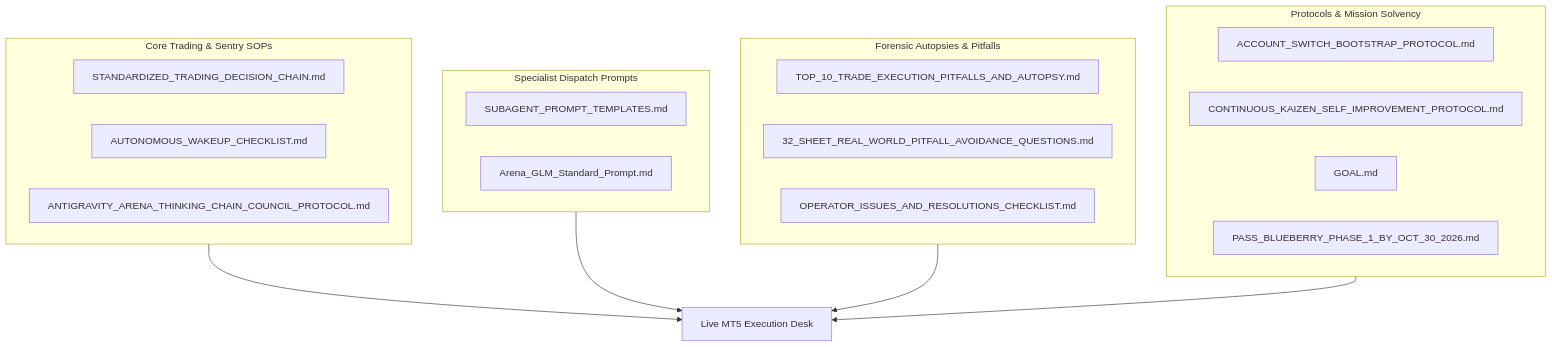
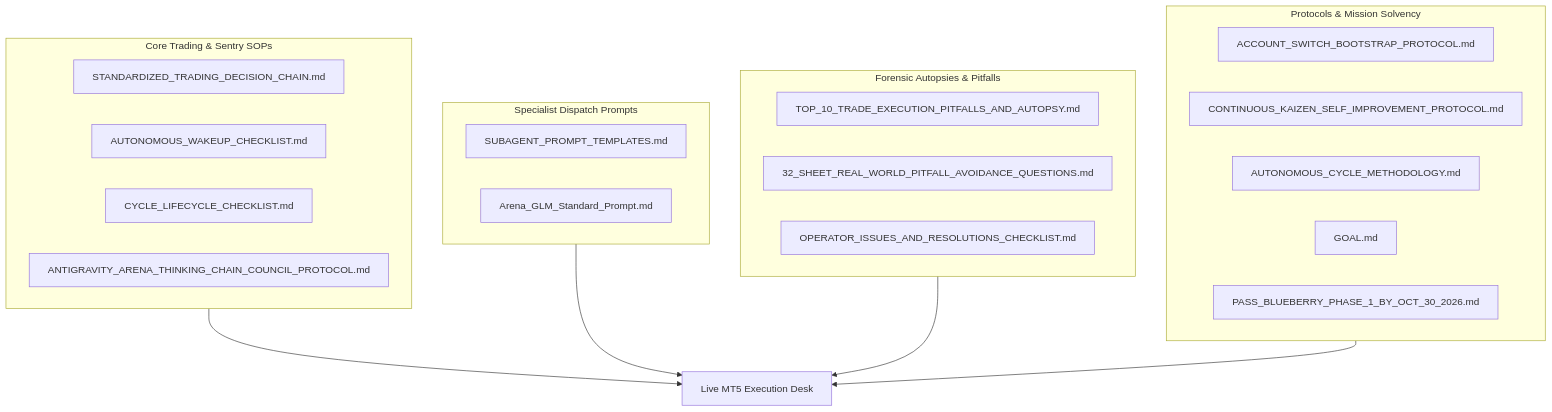
The diagram in Data/Manditory/README.md (kbsingh1399/Trading_2), drawn with Mermaid before and after one commit. The commit also changed other lines of this file and 55 other files, not shown here.

````diff
--- a/Data/Manditory/README.md
+++ b/Data/Manditory/README.md
@@ -16,31 +15,33 @@
 ```mermaid
 flowchart TD
     subgraph Core_SOPs["Core Trading & Sentry SOPs"]
         S1["STANDARDIZED_TRADING_DECISION_CHAIN.md"]
         S2["AUTONOMOUS_WAKEUP_CHECKLIST.md"]
-        S3["ANTIGRAVITY_ARENA_THINKING_CHAIN_COUNCIL_PROTOCOL.md"]
+        S3["CYCLE_LIFECYCLE_CHECKLIST.md"]
+        S4["ANTIGRAVITY_ARENA_THINKING_CHAIN_COUNCIL_PROTOCOL.md"]
     end
 
     subgraph Prompts["Specialist Dispatch Prompts"]
         P1["SUBAGENT_PROMPT_TEMPLATES.md"]
         P2["Arena_GLM_Standard_Prompt.md"]
     end
 
     subgraph Autopsies["Forensic Autopsies & Pitfalls"]
         A1["TOP_10_TRADE_EXECUTION_PITFALLS_AND_AUTOPSY.md"]
         A2["32_SHEET_REAL_WORLD_PITFALL_AVOIDANCE_QUESTIONS.md"]
         A3["OPERATOR_ISSUES_AND_RESOLUTIONS_CHECKLIST.md"]
     end
 
     subgraph Operations["Protocols & Mission Solvency"]
         O1["ACCOUNT_SWITCH_BOOTSTRAP_PROTOCOL.md"]
         O2["CONTINUOUS_KAIZEN_SELF_IMPROVEMENT_PROTOCOL.md"]
-        O3["GOAL.md"]
-        O4["PASS_BLUEBERRY_PHASE_1_BY_OCT_30_2026.md"]
+        O3["AUTONOMOUS_CYCLE_METHODOLOGY.md"]
+        O4["GOAL.md"]
+        O5["PASS_BLUEBERRY_PHASE_1_BY_OCT_30_2026.md"]
     end
 
     Core_SOPs --> MT5["Live MT5 Execution Desk"]
     Prompts --> MT5
     Autopsies --> MT5
     Operations --> MT5
 ```
````
